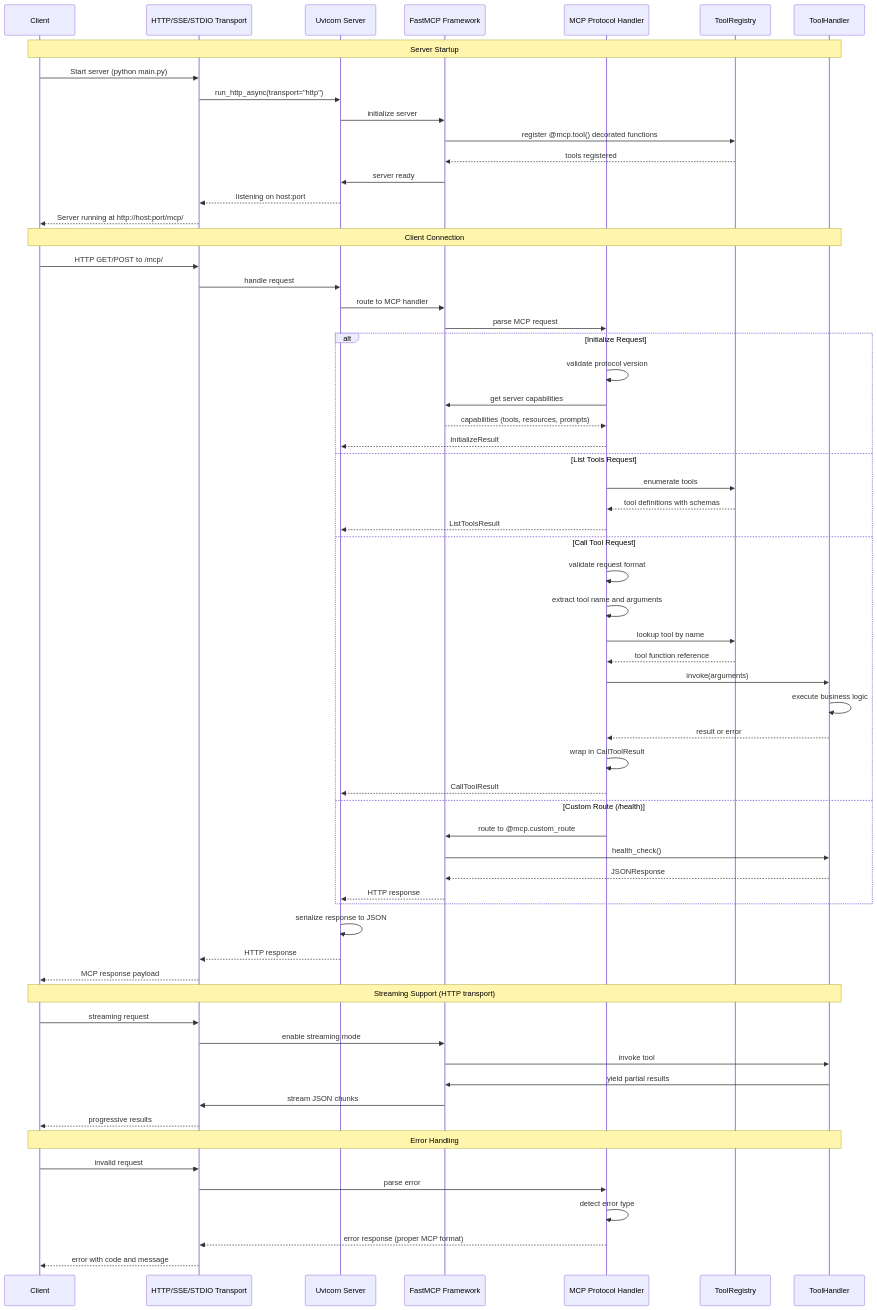
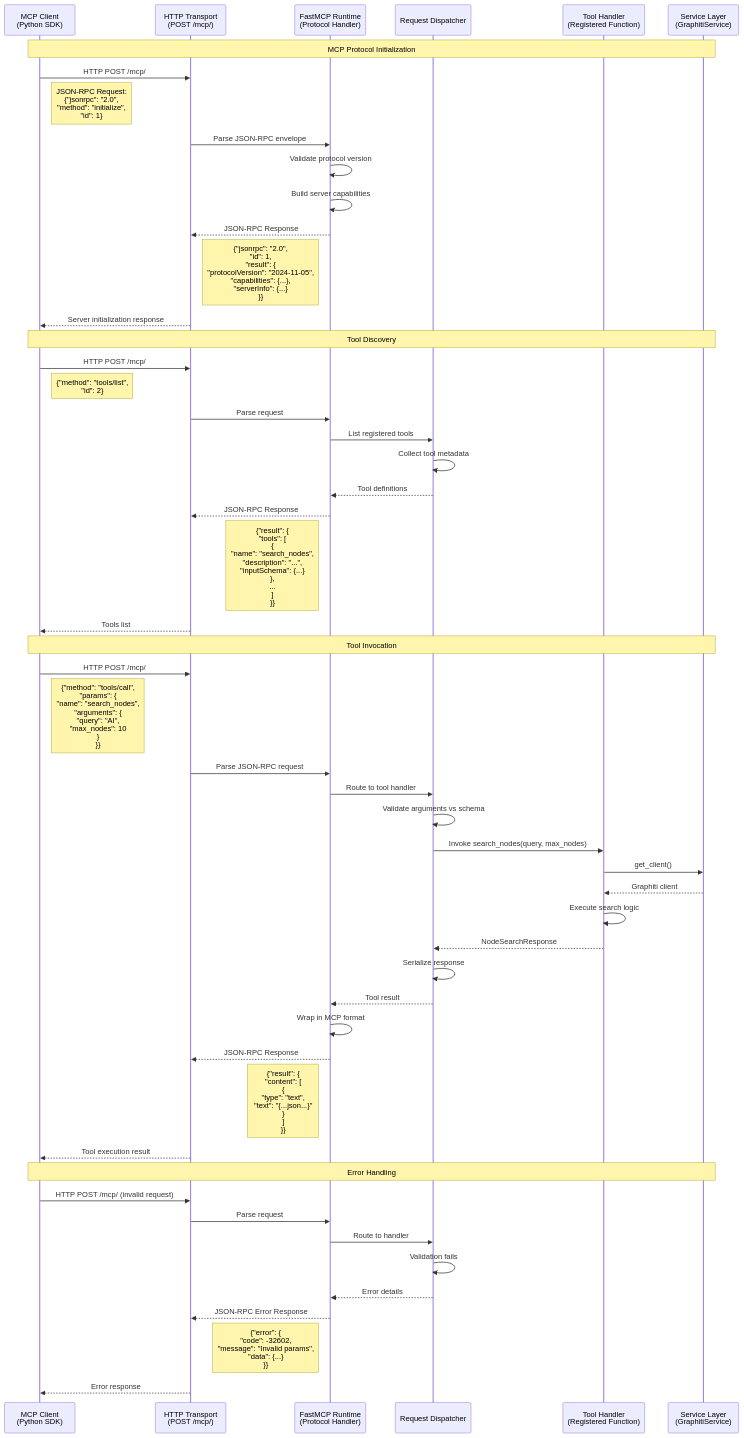
Before and after one commit to donbr/graphiti-fastmcp: the fourth of 7 diagrams in architecture/docs/03_data_flows.md, drawn with Mermaid. The commit also changed other lines of this file and 43 other files, not shown here.

````diff
--- a/architecture/docs/03_data_flows.md
+++ b/architecture/docs/03_data_flows.md
@@ -388,71 +403,63 @@
 ```mermaid
 sequenceDiagram
-    participant Client
-    participant Transport as HTTP/SSE/STDIO Transport
-    participant Uvicorn as Uvicorn Server
-    participant FastMCP as FastMCP Framework
-    participant MCPProtocol as MCP Protocol Handler
-    participant ToolRegistry
-    participant ToolHandler
+    participant Client as MCP Client<br/>(Python SDK)
+    participant HTTP as HTTP Transport<br/>(POST /mcp/)
+    participant FastMCP as FastMCP Runtime<br/>(Protocol Handler)
+    participant Dispatcher as Request Dispatcher
+    participant ToolHandler as Tool Handler<br/>(Registered Function)
+    participant Service as Service Layer<br/>(GraphitiService)
 
-    Note over Client,ToolHandler: Server Startup
-    Client->>Transport: Start server (python main.py)
-    Transport->>Uvicorn: run_http_async(transport="http")
-    Uvicorn->>FastMCP: initialize server
-    FastMCP->>ToolRegistry: register @mcp.tool() decorated functions
-    ToolRegistry-->>FastMCP: tools registered
-    FastMCP->>Uvicorn: server ready
-    Uvicorn-->>Transport: listening on host:port
-    Transport-->>Client: Server running at http://host:port/mcp/
+    Note over Client,Service: MCP Protocol Initialization
+    Client->>HTTP: HTTP POST /mcp/
+    Note right of Client: JSON-RPC Request:<br/>{"jsonrpc": "2.0",<br/>"method": "initialize",<br/>"id": 1}
 
-    Note over Client,ToolHandler: Client Connection
-    Client->>Transport: HTTP GET/POST to /mcp/
-    Transport->>Uvicorn: handle request
-    Uvicorn->>FastMCP: route to MCP handler
-    FastMCP->>MCPProtocol: parse MCP request
+    HTTP->>FastMCP: Parse JSON-RPC envelope
+    FastMCP->>FastMCP: Validate protocol version
+    FastMCP->>FastMCP: Build server capabilities
+    FastMCP-->>HTTP: JSON-RPC Response
+    Note left of FastMCP: {"jsonrpc": "2.0",<br/>"id": 1,<br/>"result": {<br/>  "protocolVersion": "2024-11-05",<br/>  "capabilities": {...},<br/>  "serverInfo": {...}<br/>}}
+    HTTP-->>Client: Server initialization response
 
-    alt Initialize Request
-        MCPProtocol->>MCPProtocol: validate protocol version
-        MCPProtocol->>FastMCP: get server capabilities
-        FastMCP-->>MCPProtocol: capabilities (tools, resources, prompts)
-        MCPProtocol-->>Uvicorn: InitializeResult
-    else List Tools Request
-        MCPProtocol->>ToolRegistry: enumerate tools
-        ToolRegistry-->>MCPProtocol: tool definitions with schemas
-        MCPProtocol-->>Uvicorn: ListToolsResult
-    else Call Tool Request
-        MCPProtocol->>MCPProtocol: validate request format
-        MCPProtocol->>MCPProtocol: extract tool name and arguments
-        MCPProtocol->>ToolRegistry: lookup tool by name
-        ToolRegistry-->>MCPProtocol: tool function reference
-        MCPProtocol->>ToolHandler: invoke(arguments)
-        ToolHandler->>ToolHandler: execute business logic
-        ToolHandler-->>MCPProtocol: result or error
-        MCPProtocol->>MCPProtocol: wrap in CallToolResult
-        MCPProtocol-->>Uvicorn: CallToolResult
-    else Custom Route (/health)
-        MCPProtocol->>FastMCP: route to @mcp.custom_route
-        FastMCP->>ToolHandler: health_check()
-        ToolHandler-->>FastMCP: JSONResponse
-        FastMCP-->>Uvicorn: HTTP response
-    end
+    Note over Client,Service: Tool Discovery
+    Client->>HTTP: HTTP POST /mcp/
+    Note right of Client: {"method": "tools/list",<br/>"id": 2}
 
-    Uvicorn->>Uvicorn: serialize response to JSON
-    Uvicorn-->>Transport: HTTP response
-    Transport-->>Client: MCP response payload
+    HTTP->>FastMCP: Parse request
+    FastMCP->>Dispatcher: List registered tools
+    Dispatcher->>Dispatcher: Collect tool metadata
+    Dispatcher-->>FastMCP: Tool definitions
+    FastMCP-->>HTTP: JSON-RPC Response
+    Note left of FastMCP: {"result": {<br/>  "tools": [<br/>    {<br/>      "name": "search_nodes",<br/>      "description": "...",<br/>      "inputSchema": {...}<br/>    },<br/>    ...<br/>  ]<br/>}}
+    HTTP-->>Client: Tools list
 
-    Note over Client,ToolHandler: Streaming Support (HTTP transport)
-    Client->>Transport: streaming request
-    Transport->>FastMCP: enable streaming mode
-    FastMCP->>ToolHandler: invoke tool
-    ToolHandler->>FastMCP: yield partial results
-    FastMCP->>Transport: stream JSON chunks
-    Transport-->>Client: progressive results
+    Note over Client,Service: Tool Invocation
+    Client->>HTTP: HTTP POST /mcp/
+    Note right of Client: {"method": "tools/call",<br/>"params": {<br/>  "name": "search_nodes",<br/>  "arguments": {<br/>    "query": "AI",<br/>    "max_nodes": 10<br/>  }<br/>}}
 
-    Note over Client,ToolHandler: Error Handling
-    Client->>Transport: invalid request
-    Transport->>MCPProtocol: parse error
-    MCPProtocol->>MCPProtocol: detect error type
-    MCPProtocol-->>Transport: error response (proper MCP format)
-    Transport-->>Client: error with code and message
+    HTTP->>FastMCP: Parse JSON-RPC request
+    FastMCP->>Dispatcher: Route to tool handler
+    Dispatcher->>Dispatcher: Validate arguments vs schema
+    Dispatcher->>ToolHandler: Invoke search_nodes(query, max_nodes)
+
+    ToolHandler->>Service: get_client()
+    Service-->>ToolHandler: Graphiti client
+    ToolHandler->>ToolHandler: Execute search logic
+    ToolHandler-->>Dispatcher: NodeSearchResponse
+
+    Dispatcher->>Dispatcher: Serialize response
+    Dispatcher-->>FastMCP: Tool result
+    FastMCP->>FastMCP: Wrap in MCP format
+    FastMCP-->>HTTP: JSON-RPC Response
+    Note left of FastMCP: {"result": {<br/>  "content": [<br/>    {<br/>      "type": "text",<br/>      "text": "{...json...}"<br/>    }<br/>  ]<br/>}}
+    HTTP-->>Client: Tool execution result
+
+    Note over Client,Service: Error Handling
+    Client->>HTTP: HTTP POST /mcp/ (invalid request)
+    HTTP->>FastMCP: Parse request
+    FastMCP->>Dispatcher: Route to handler
+    Dispatcher->>Dispatcher: Validation fails
+    Dispatcher-->>FastMCP: Error details
+    FastMCP-->>HTTP: JSON-RPC Error Response
+    Note left of FastMCP: {"error": {<br/>  "code": -32602,<br/>  "message": "Invalid params",<br/>  "data": {...}<br/>}}
+    HTTP-->>Client: Error response
 ```
````
